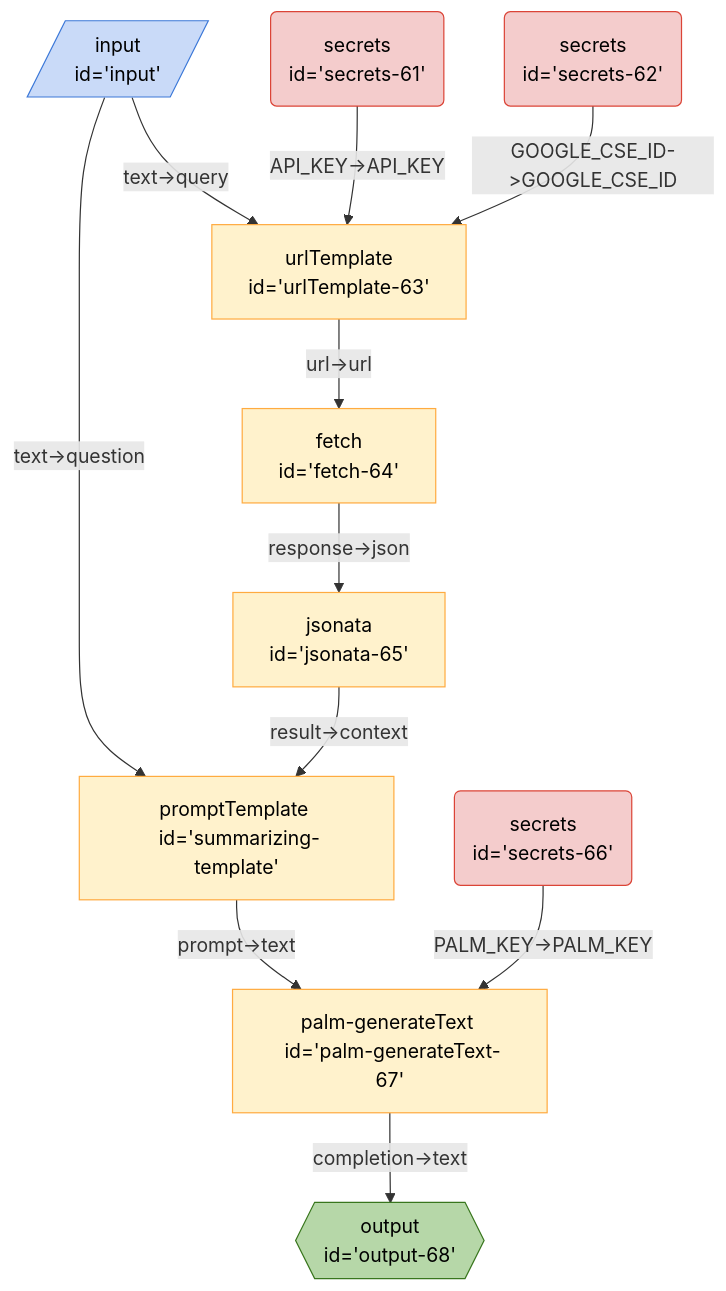
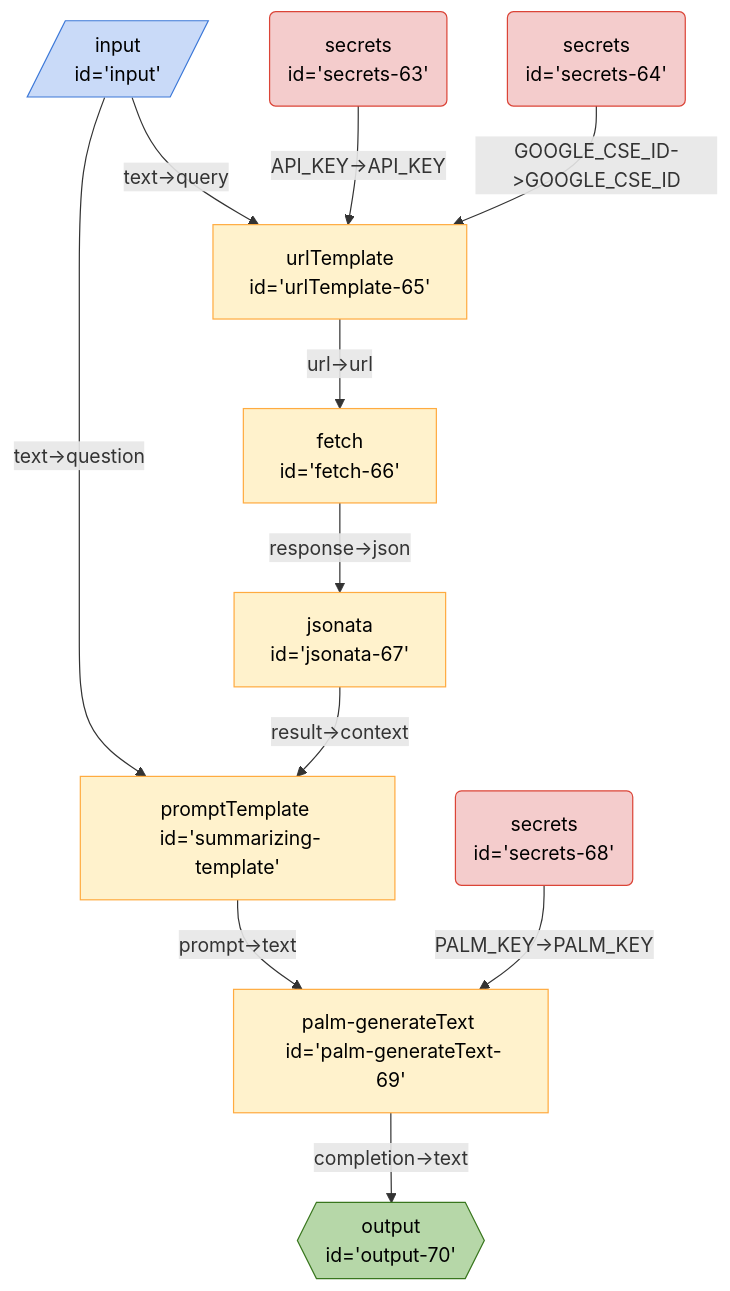
Before and after one commit to breadboard-ai/breadboard: the diagram in seeds/breadboard-web/docs/graphs/new/search-summarize.md, drawn with Mermaid. The commit also changed 17 other files, not shown here.

````diff
--- a/seeds/breadboard-web/docs/graphs/new/search-summarize.md
+++ b/seeds/breadboard-web/docs/graphs/new/search-summarize.md
@@ -3,22 +3,22 @@
 ```mermaid
 %%{init: 'themeVariables': { 'fontFamily': 'Fira Code, monospace' }}%%
 graph TD;
-palmgenerateText67["palm-generateText <br> id='palm-generateText-67'"] -- "completion->text" --> output68{{"output <br> id='output-68'"}}:::output
-summarizingtemplate["promptTemplate <br> id='summarizing-template'"] -- "prompt->text" --> palmgenerateText67["palm-generateText <br> id='palm-generateText-67'"]
-secrets66("secrets <br> id='secrets-66'"):::secrets -- "PALM_KEY->PALM_KEY" --> palmgenerateText67["palm-generateText <br> id='palm-generateText-67'"]
-input[/"input <br> id='input'"/]:::input -- "text->query" --> urlTemplate63["urlTemplate <br> id='urlTemplate-63'"]
+palmgenerateText69["palm-generateText <br> id='palm-generateText-69'"] -- "completion->text" --> output70{{"output <br> id='output-70'"}}:::output
+summarizingtemplate["promptTemplate <br> id='summarizing-template'"] -- "prompt->text" --> palmgenerateText69["palm-generateText <br> id='palm-generateText-69'"]
+secrets68("secrets <br> id='secrets-68'"):::secrets -- "PALM_KEY->PALM_KEY" --> palmgenerateText69["palm-generateText <br> id='palm-generateText-69'"]
+input[/"input <br> id='input'"/]:::input -- "text->query" --> urlTemplate65["urlTemplate <br> id='urlTemplate-65'"]
 input[/"input <br> id='input'"/]:::input -- "text->question" --> summarizingtemplate["promptTemplate <br> id='summarizing-template'"]
-jsonata65["jsonata <br> id='jsonata-65'"] -- "result->context" --> summarizingtemplate["promptTemplate <br> id='summarizing-template'"]
-urlTemplate63["urlTemplate <br> id='urlTemplate-63'"] -- "url->url" --> fetch64["fetch <br> id='fetch-64'"]
-fetch64["fetch <br> id='fetch-64'"] -- "response->json" --> jsonata65["jsonata <br> id='jsonata-65'"]
-secrets61("secrets <br> id='secrets-61'"):::secrets -- "API_KEY->API_KEY" --> urlTemplate63["urlTemplate <br> id='urlTemplate-63'"]
-secrets62("secrets <br> id='secrets-62'"):::secrets -- "GOOGLE_CSE_ID->GOOGLE_CSE_ID" --> urlTemplate63["urlTemplate <br> id='urlTemplate-63'"]
+jsonata67["jsonata <br> id='jsonata-67'"] -- "result->context" --> summarizingtemplate["promptTemplate <br> id='summarizing-template'"]
+urlTemplate65["urlTemplate <br> id='urlTemplate-65'"] -- "url->url" --> fetch66["fetch <br> id='fetch-66'"]
+fetch66["fetch <br> id='fetch-66'"] -- "response->json" --> jsonata67["jsonata <br> id='jsonata-67'"]
+secrets63("secrets <br> id='secrets-63'"):::secrets -- "API_KEY->API_KEY" --> urlTemplate65["urlTemplate <br> id='urlTemplate-65'"]
+secrets64("secrets <br> id='secrets-64'"):::secrets -- "GOOGLE_CSE_ID->GOOGLE_CSE_ID" --> urlTemplate65["urlTemplate <br> id='urlTemplate-65'"]
 classDef default stroke:#ffab40,fill:#fff2ccff,color:#000
 classDef input stroke:#3c78d8,fill:#c9daf8ff,color:#000
 classDef output stroke:#38761d,fill:#b6d7a8ff,color:#000
 classDef passthrough stroke:#a64d79,fill:#ead1dcff,color:#000
 classDef slot stroke:#a64d79,fill:#ead1dcff,color:#000
 classDef config stroke:#a64d79,fill:#ead1dcff,color:#000
 classDef secrets stroke:#db4437,fill:#f4cccc,color:#000
 classDef slotted stroke:#a64d79
 ```
````
